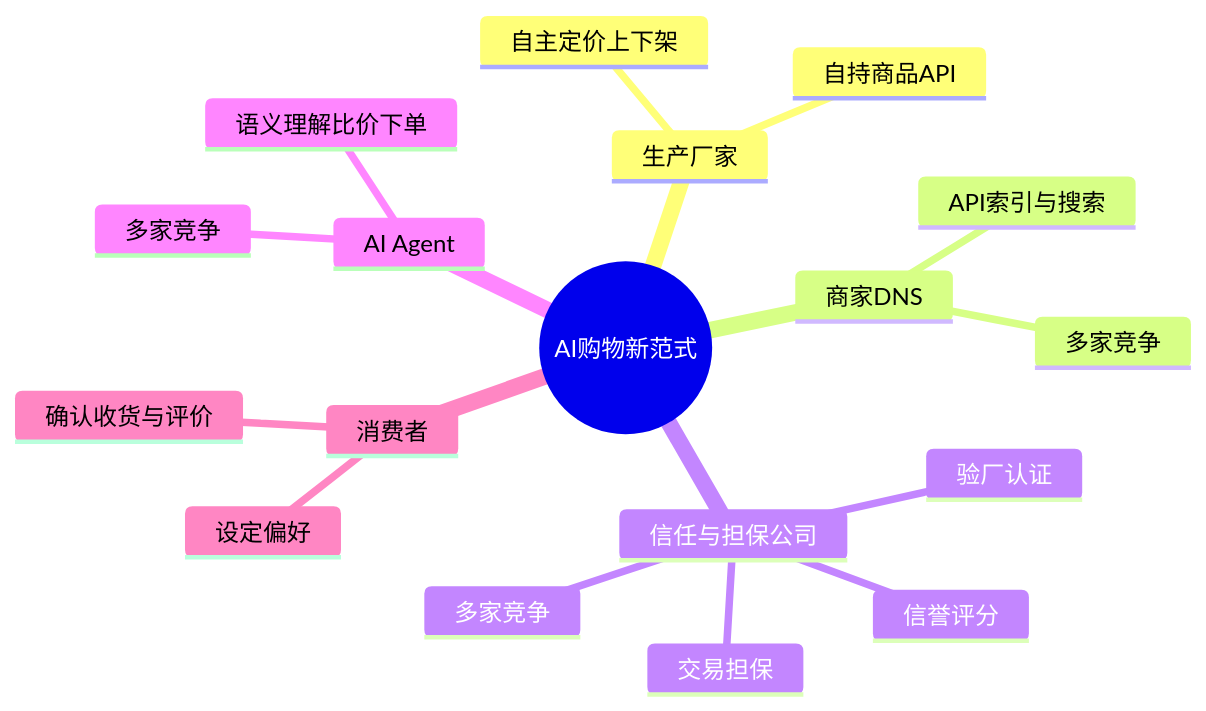
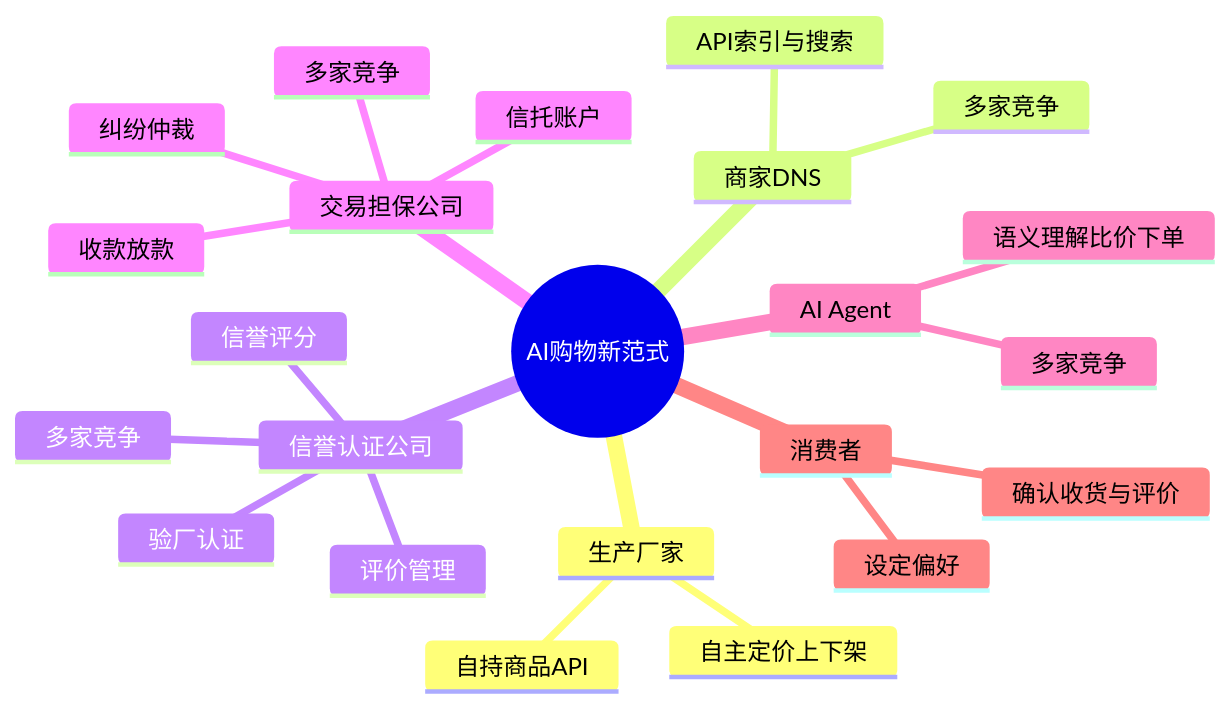
The first of 7 diagrams in 中文简体/AI购物新范式.md (kaicen-x/ai-shopping-paradigm), drawn with Mermaid before and after one commit. The commit also changed other lines of this file and 4 other files, not shown here.

````diff
--- a/中文简体/AI购物新范式.md
+++ b/中文简体/AI购物新范式.md
@@ -13,21 +13,26 @@
 ```mermaid
 mindmap
   root(("AI购物新范式"))
     生产厂家
       自持商品API
       自主定价上下架
     商家DNS
       API索引与搜索
       多家竞争
-    信任与担保公司
+    信誉认证公司
       验厂认证
       信誉评分
-      交易担保
+      评价管理
+      多家竞争
+    交易担保公司
+      信托账户
+      收款放款
+      纠纷仲裁
       多家竞争
     AI Agent
       语义理解比价下单
       多家竞争
     消费者
       设定偏好
       确认收货与评价
 ```
````
